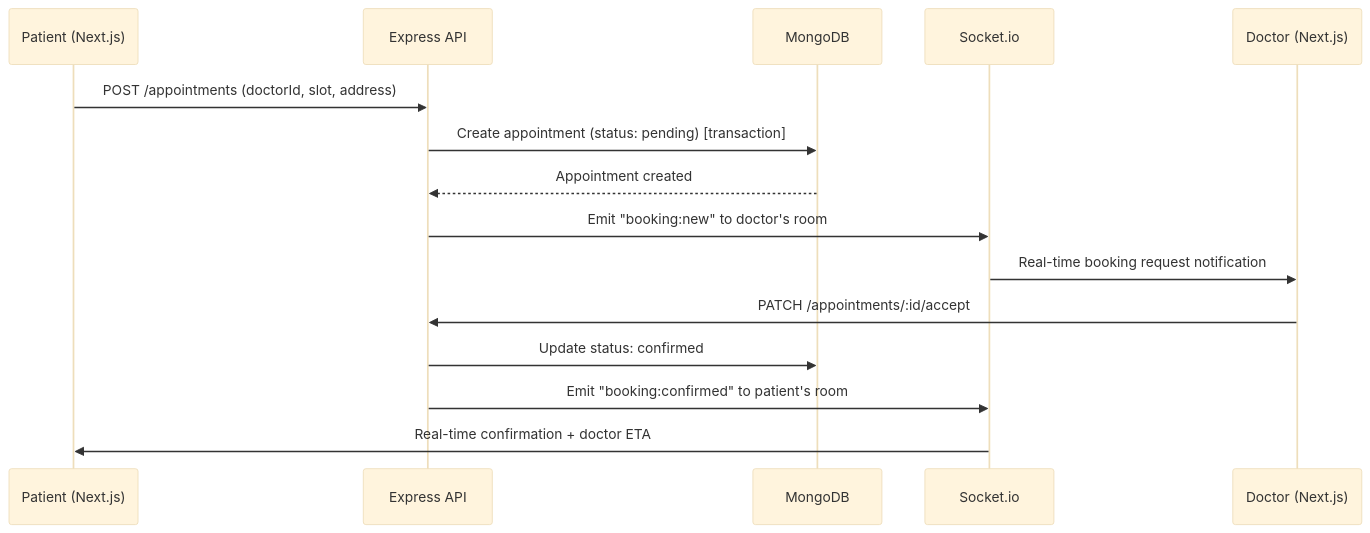
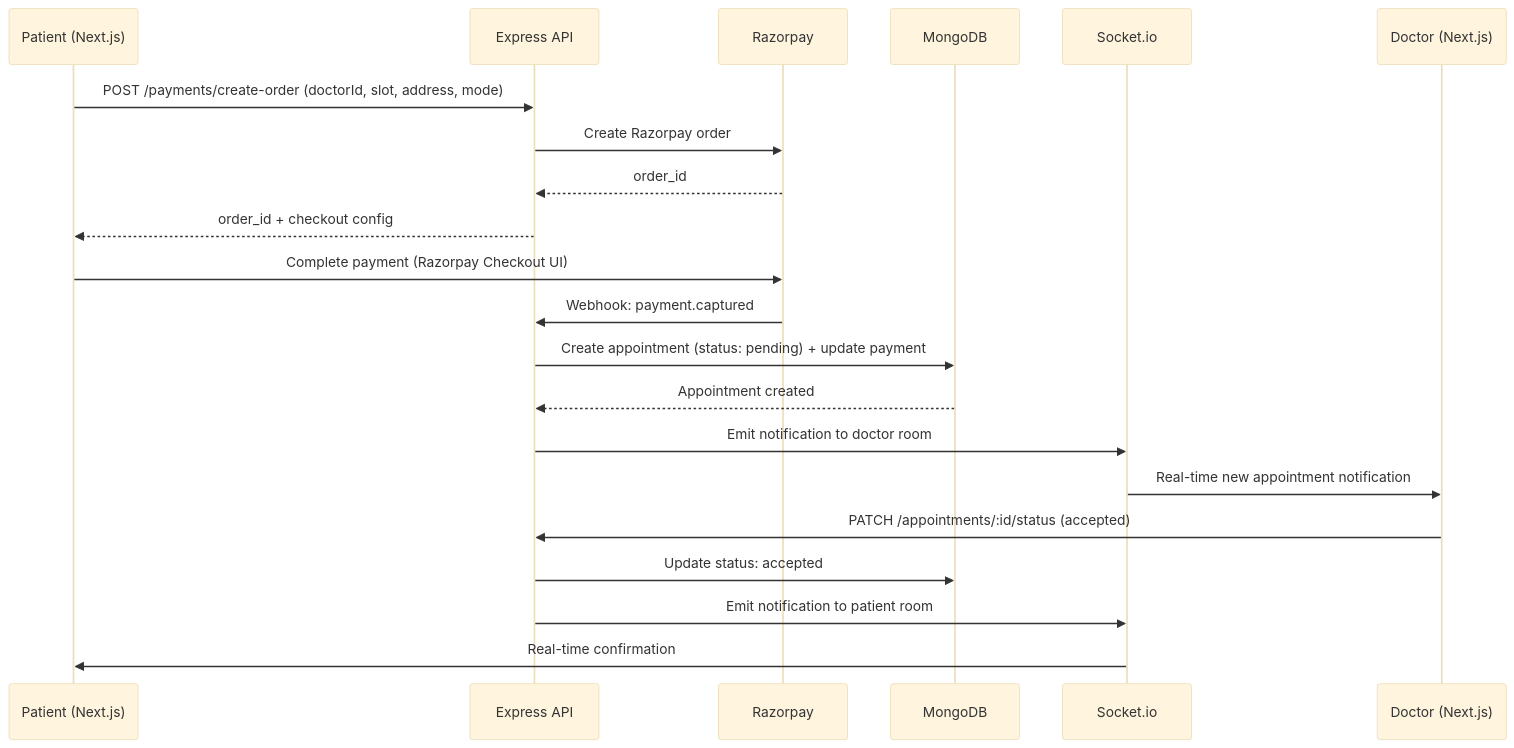
One commit to Vansh-Vaishnani/DocDock changed the second of 5 diagrams in Documents/High_Level_Design.md. Above: the diagram before and after it, drawn with Mermaid (base theme). The commit also changed other lines of this file and 16 other files, not shown here.

Commit message:
feat: initialize project documentation including system architecture, design specifications, and development roadmap

````diff
--- a/Documents/High_Level_Design.md
+++ b/Documents/High_Level_Design.md
@@ -172,18 +175,24 @@
 ```mermaid
 sequenceDiagram
     participant P as Patient (Next.js)
     participant API as Express API
+    participant RZP as Razorpay
     participant DB as MongoDB
     participant WS as Socket.io
     participant D as Doctor (Next.js)
 
-    P->>API: POST /appointments (doctorId, slot, address)
-    API->>DB: Create appointment (status: pending) [transaction]
+    P->>API: POST /payments/create-order (doctorId, slot, address, mode)
+    API->>RZP: Create Razorpay order
+    RZP-->>API: order_id
+    API-->>P: order_id + checkout config
+    P->>RZP: Complete payment (Razorpay Checkout UI)
+    RZP->>API: Webhook: payment.captured
+    API->>DB: Create appointment (status: pending) + update payment
     DB-->>API: Appointment created
-    API->>WS: Emit "booking:new" to doctor's room
-    WS->>D: Real-time booking request notification
-    D->>API: PATCH /appointments/:id/accept
-    API->>DB: Update status: confirmed
-    API->>WS: Emit "booking:confirmed" to patient's room
-    WS->>P: Real-time confirmation + doctor ETA
+    API->>WS: Emit notification to doctor room
+    WS->>D: Real-time new appointment notification
+    D->>API: PATCH /appointments/:id/status (accepted)
+    API->>DB: Update status: accepted
+    API->>WS: Emit notification to patient room
+    WS->>P: Real-time confirmation
 ```
````
